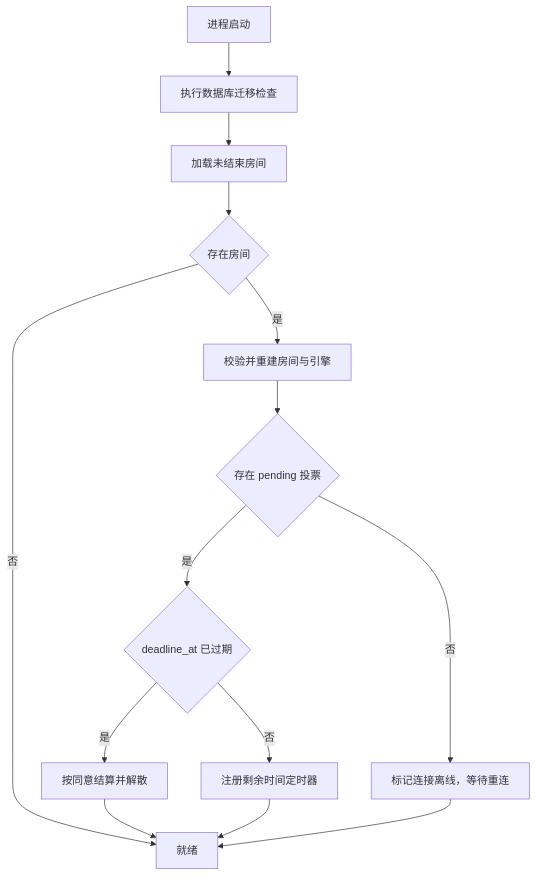
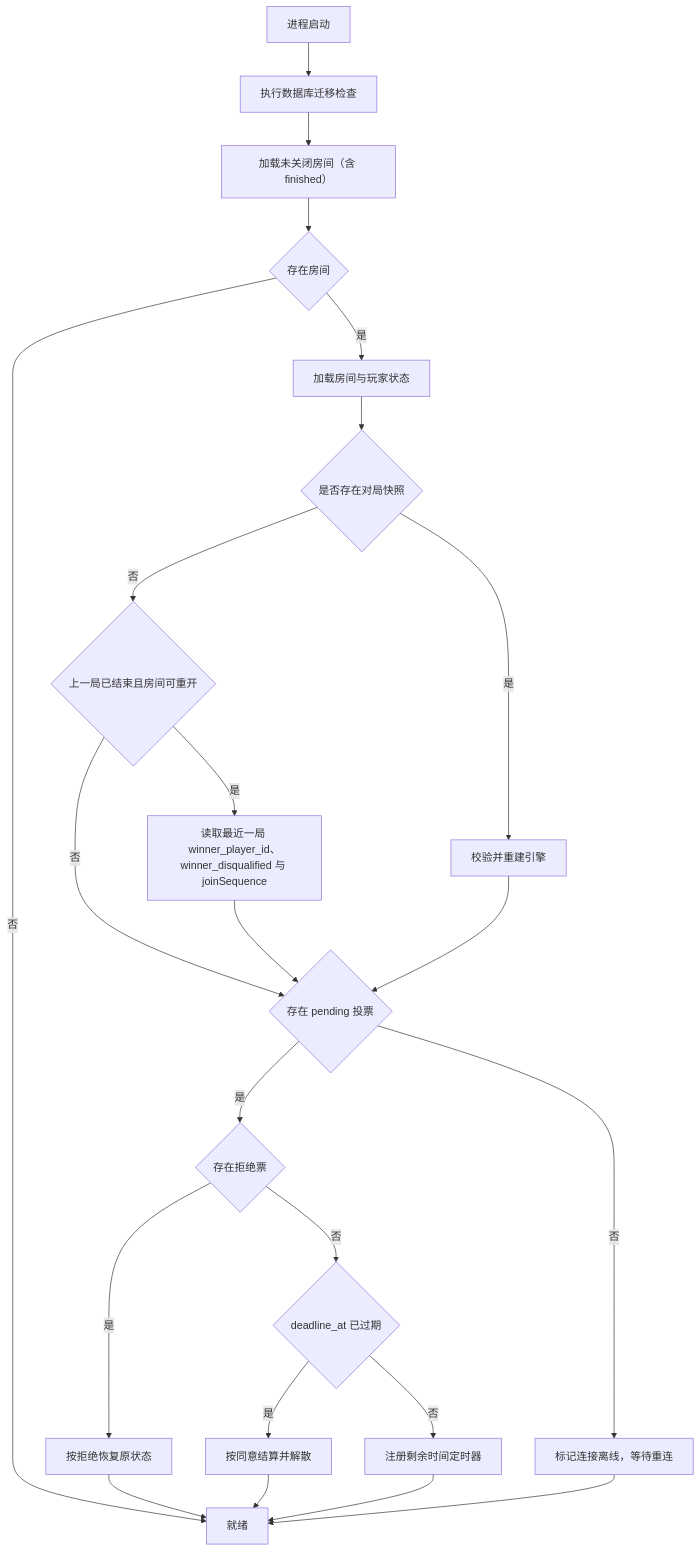
The seventh of 7 diagrams in docs/08-多人联机/02-多人联机总体架构设计.md (stefani333/Temp-BoomCat), drawn with Mermaid before and after one commit. The commit also changed other lines of this file and 3 other files, not shown here.

````diff
--- a/docs/08-多人联机/02-多人联机总体架构设计.md
+++ b/docs/08-多人联机/02-多人联机总体架构设计.md
@@ -1157,16 +1725,25 @@
 ```mermaid
 flowchart TD
   S["进程启动"] --> M["执行数据库迁移检查"]
-  M --> L["加载未结束房间"]
+  M --> L["加载未关闭房间（含 finished）"]
   L --> Q{"存在房间"}
   Q -->|否| H["就绪"]
-  Q -->|是| R["校验并重建房间与引擎"]
-  R --> V{"存在 pending 投票"}
-  V -->|是| D{"deadline_at 已过期"}
+  Q -->|是| R["加载房间与玩家状态"]
+  R --> G{"是否存在对局快照"}
+  G -->|是| E["校验并重建引擎"]
+  G -->|否| F{"上一局已结束且房间可重开"}
+  F -->|是| P["读取最近一局 winner_player_id、winner_disqualified 与 joinSequence"]
+  F -->|否| V{"存在 pending 投票"}
+  P --> V
+  E --> V
+  V -->|是| J{"存在拒绝票"}
+  J -->|是| REJ["按拒绝恢复原状态"]
+  J -->|否| D{"deadline_at 已过期"}
   D -->|是| PASS["按同意结算并解散"]
   D -->|否| T["注册剩余时间定时器"]
   V -->|否| W["标记连接离线，等待重连"]
+  REJ --> H
   PASS --> H
   T --> H
   W --> H
 ```
````
